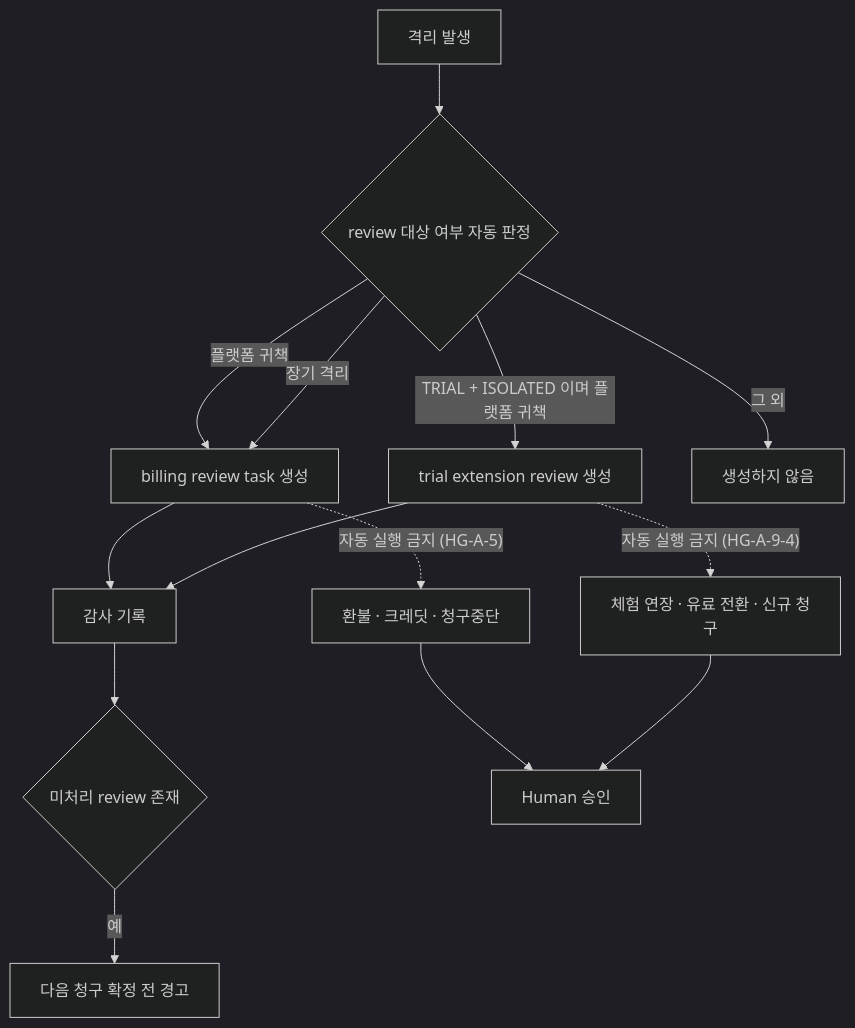
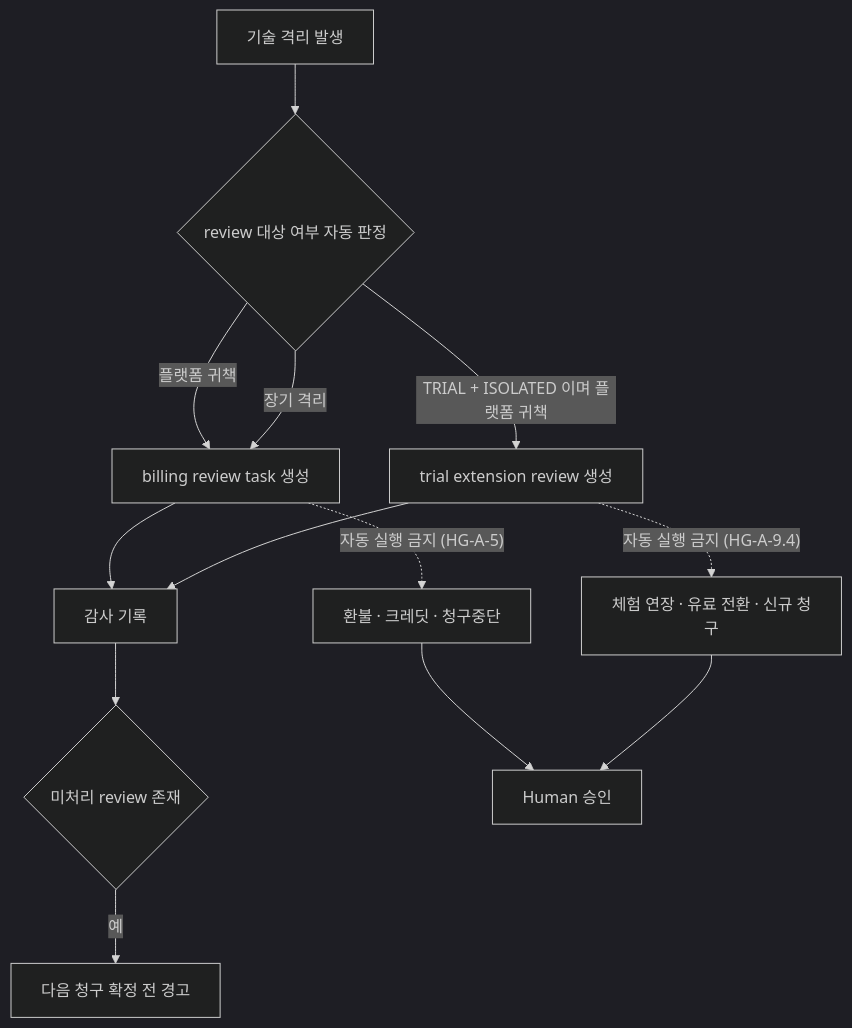
One commit to mirunubi/yoonsul_wait_order_handoff changed the seventh of 7 diagrams in docs/600000_implementation_lifecycle/601800_tenant_lifecycle_rpc_alignment/601803_Diagram_Tenant_Lifecycle_State_Machine.md. Above: the diagram before and after it, drawn with Mermaid (dark theme). The commit also changed other lines of this file, not shown here.

````diff
--- a/docs/600000_implementation_lifecycle/601800_tenant_lifecycle_rpc_alignment/601803_Diagram_Tenant_Lifecycle_State_Machine.md
+++ b/docs/600000_implementation_lifecycle/601800_tenant_lifecycle_rpc_alignment/601803_Diagram_Tenant_Lifecycle_State_Machine.md
@@ -271,16 +403,15 @@
 ```mermaid
 graph TD
-    ISO["격리 발생"] --> J{"review 대상 여부 자동 판정"}
+    ISO["기술 격리 발생"] --> J{"review 대상 여부 자동 판정"}
     J -->|"플랫폼 귀책"| T1["billing review task 생성"]
     J -->|"장기 격리"| T1
     J -->|"TRIAL + ISOLATED 이며 플랫폼 귀책"| T2["trial extension review 생성"]
-    J -->|"그 외"| N["생성하지 않음"]
     T1 --> A["감사 기록"]
     T2 --> A
     A --> W{"미처리 review 존재"}
     W -->|"예"| C["다음 청구 확정 전 경고"]
     T1 -.->|"자동 실행 금지 (HG-A-5)"| M["환불 · 크레딧 · 청구중단"]
-    T2 -.->|"자동 실행 금지 (HG-A-9-4)"| X["체험 연장 · 유료 전환 · 신규 청구"]
+    T2 -.->|"자동 실행 금지 (HG-A-9.4)"| X["체험 연장 · 유료 전환 · 신규 청구"]
     M --> HU["Human 승인"]
     X --> HU
 ```
````
